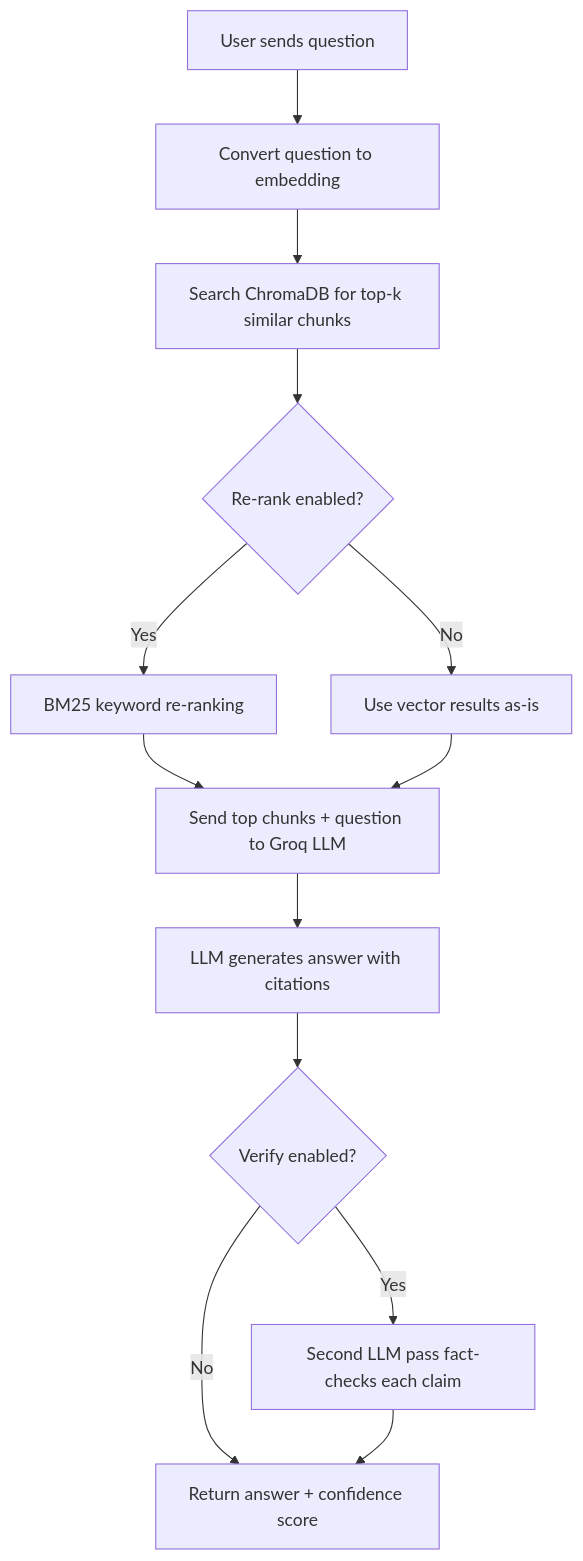
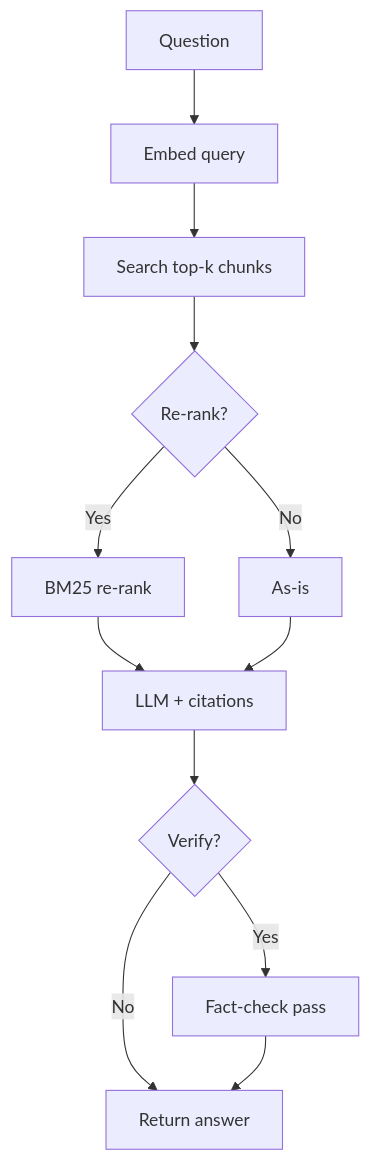
The third of 4 diagrams in README.md (prthmmkhija1/RAGsystem), drawn with Mermaid before and after one commit. The commit also changed other lines of this file and 1 other file, not shown here.

Commit message:
Improve README diagrams (compact flowcharts), remove .gitignore from repo

````diff
--- a/README.md
+++ b/README.md
@@ -52,15 +42,14 @@
 ```mermaid
 flowchart TD
-    A[User sends question] --> B[Convert question to embedding]
-    B --> C[Search ChromaDB for top-k similar chunks]
-    C --> D{Re-rank enabled?}
-    D -->|Yes| E[BM25 keyword re-ranking]
-    D -->|No| F[Use vector results as-is]
-    E --> G[Send top chunks + question to Groq LLM]
+    A[Question] --> B[Embed query]
+    B --> C[Search top-k chunks]
+    C --> D{Re-rank?}
+    D -->|Yes| E[BM25 re-rank]
+    D -->|No| F[As-is]
+    E --> G[LLM + citations]
     F --> G
-    G --> H[LLM generates answer with citations]
-    H --> I{Verify enabled?}
-    I -->|Yes| J[Second LLM pass fact-checks each claim]
-    I -->|No| K[Return answer + confidence score]
-    J --> K
+    G --> H{Verify?}
+    H -->|Yes| I[Fact-check pass]
+    H -->|No| J[Return answer]
+    I --> J
 ```
````
